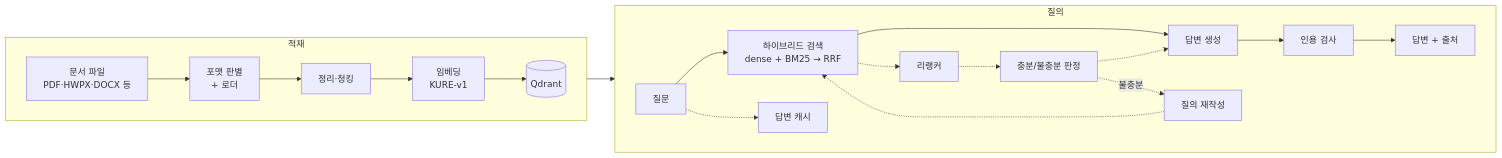
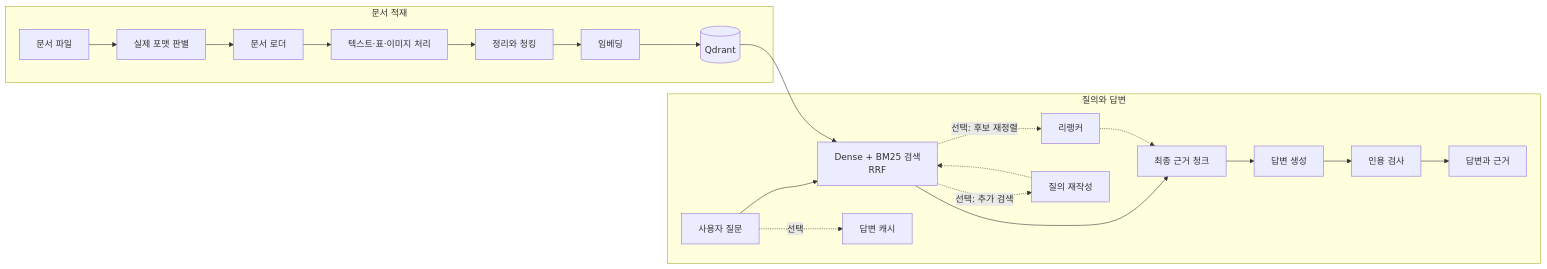
One commit to JungHwyKim/agentic-rag-proj changed the first of 2 diagrams in README.md. Above: the diagram before and after it, drawn with Mermaid. The commit also changed other lines of this file, not shown here.

````diff
--- a/README.md
+++ b/README.md
@@ -31,26 +43,26 @@
 ```mermaid
 flowchart LR
-  subgraph ING["적재"]
-    direction LR
-    A["문서 파일<br/>PDF·HWPX·DOCX 등"] --> B["포맷 판별<br/>+ 로더"]
-    B --> C["정리·청킹"]
-    C --> D["임베딩<br/>KURE-v1"]
-    D --> E[("Qdrant")]
+  subgraph ING[문서 적재]
+    F[문서 파일] --> D[실제 포맷 판별]
+    D --> L[문서 로더]
+    L --> C[텍스트·표·이미지 처리]
+    C --> S[정리와 청킹]
+    S --> E[임베딩]
+    E --> V[(Qdrant)]
   end
 
-  subgraph QRY["질의"]
-    direction LR
-    Q["질문"] --> R["하이브리드 검색<br/>dense + BM25 → RRF"]
-    R --> G["답변 생성"]
-    G --> V["인용 검사"]
-    V --> ANS["답변 + 출처"]
-    Q -.-> K["답변 캐시"]
-    R -.-> RR["리랭커"]
-    RR -.-> EV["충분/불충분 판정"]
-    EV -.-> G
-    EV -.->|"불충분"| RW["질의 재작성"]
+  subgraph QRY[질의와 답변]
+    Q[사용자 질문] --> R[Dense + BM25 검색<br/>RRF]
+    R --> K[최종 근거 청크]
+    R -. 선택: 후보 재정렬 .-> RR[리랭커]
+    RR -.-> K
+    R -. 선택: 추가 검색 .-> RW[질의 재작성]
     RW -.-> R
+    K --> G[답변 생성]
+    G --> I[인용 검사]
+    I --> A[답변과 근거]
+    Q -. 선택 .-> CA[답변 캐시]
   end
 
-  E --> R
+  V --> R
 ```
````
